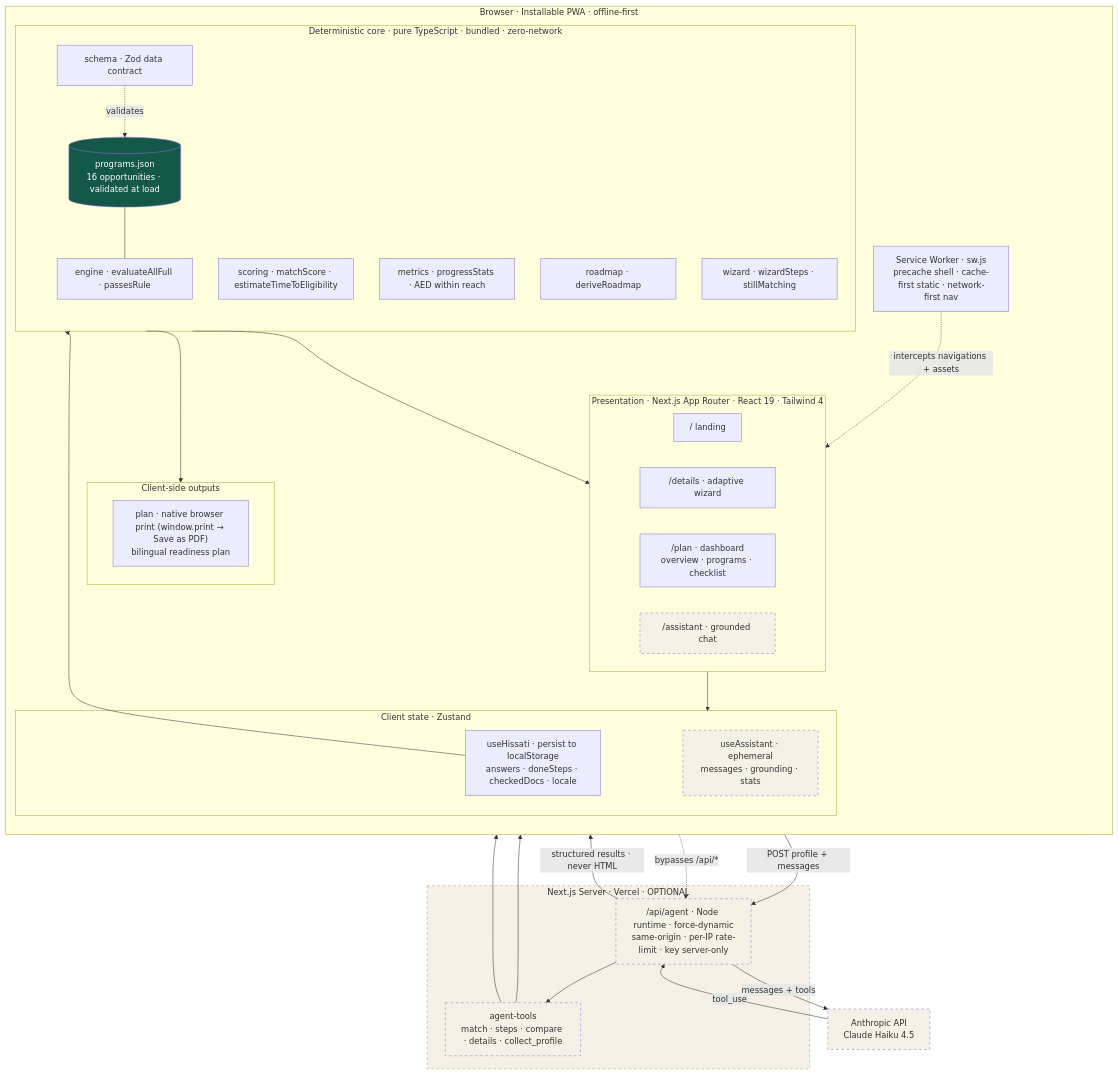
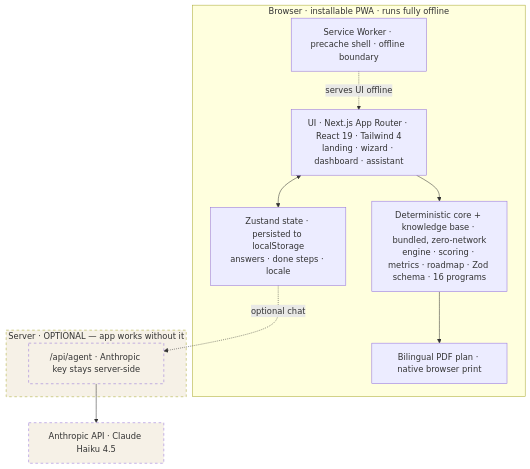
Before and after one commit to theParitet/hissati: the second of 2 diagrams in README.md, drawn with Mermaid. The commit also changed other lines of this file and 4 other files, not shown here.

First line of the commit message:
docs: simplify README architecture diagrams; drop standalone diagram docs

````diff
--- a/README.md
+++ b/README.md
@@ -149,64 +102,26 @@
 ```mermaid
 flowchart TB
-  subgraph CLIENT["Browser · Installable PWA · offline-first"]
-    direction TB
-
-    subgraph UI["Presentation · Next.js App Router · React 19 · Tailwind 4"]
-      L["/ landing"]
-      Q["/details · adaptive wizard"]
-      R["/plan · dashboard<br/>overview · programs · checklist"]
-      A["/assistant · grounded chat"]
-    end
-
-    subgraph STATE["Client state · Zustand"]
-      HS["useHissati · persist to localStorage<br/>answers · doneSteps · checkedDocs · locale"]
-      AS["useAssistant · ephemeral<br/>messages · grounding · stats"]
-    end
-
-    subgraph CORE["Deterministic core · pure TypeScript · bundled · zero-network"]
-      ENG["engine · evaluateAllFull · passesRule"]
-      SCO["scoring · matchScore · estimateTimeToEligibility"]
-      MET["metrics · progressStats · AED within reach"]
-      ROAD["roadmap · deriveRoadmap"]
-      WIZ["wizard · wizardSteps · stillMatching"]
-      SCH["schema · Zod data contract"]
-      KB[("programs.json<br/>16 opportunities · validated at load")]
-    end
-
-    subgraph OUT["Client-side outputs"]
-      PDF["plan · native browser print (window.print → Save as PDF)<br/>bilingual readiness plan"]
-    end
-
-    SW["Service Worker · sw.js<br/>precache shell · cache-first static · network-first nav"]
+  subgraph CLIENT["Browser · installable PWA · runs fully offline"]
+    UI["UI · Next.js App Router · React 19 · Tailwind 4<br/>landing · wizard · dashboard · assistant"]
+    STATE["Zustand state · persisted to localStorage<br/>answers · done steps · locale"]
+    CORE["Deterministic core + knowledge base · bundled, zero-network<br/>engine · scoring · metrics · roadmap · Zod schema · 16 programs"]
+    OUT["Bilingual PDF plan · native browser print"]
+    SW["Service Worker · precache shell · offline boundary"]
   end
 
-  subgraph SERVER["Next.js Server · Vercel · OPTIONAL"]
-    API["/api/agent · Node runtime · force-dynamic<br/>same-origin · per-IP rate-limit · key server-only"]
-    TOOLS["agent-tools<br/>match · steps · compare · details · collect_profile"]
+  subgraph SERVER["Server · OPTIONAL — app works without it"]
+    API["/api/agent · Anthropic key stays server-side"]
   end
 
-  EXT["Anthropic API<br/>Claude Haiku 4.5"]
+  EXT["Anthropic API · Claude Haiku 4.5"]
 
-  UI --> STATE
-  HS --> CORE
-  CORE --> UI
+  UI <--> STATE
+  UI --> CORE
   CORE --> OUT
-  KB --- ENG
-  SCH -. validates .-> KB
-
-  AS -->|POST profile + messages| API
-  API -->|messages + tools| EXT
-  EXT -->|tool_use| API
-  API --> TOOLS
-  TOOLS --> ENG
-  TOOLS --> KB
-  API -->|structured results · never HTML| AS
-
-  SW -. intercepts navigations + assets .-> UI
-  SW -. bypasses /api/* .-> API
+  STATE -. optional chat .-> API
+  API --> EXT
+  SW -. serves UI offline .-> UI
 
   classDef opt stroke-dasharray:5 5,fill:#f6f1e7;
-  class SERVER,API,TOOLS,EXT,A,AS opt;
-  classDef kb fill:#14584a,color:#ffffff;
-  class KB kb;
+  class SERVER,API,EXT opt;
 ```
````
